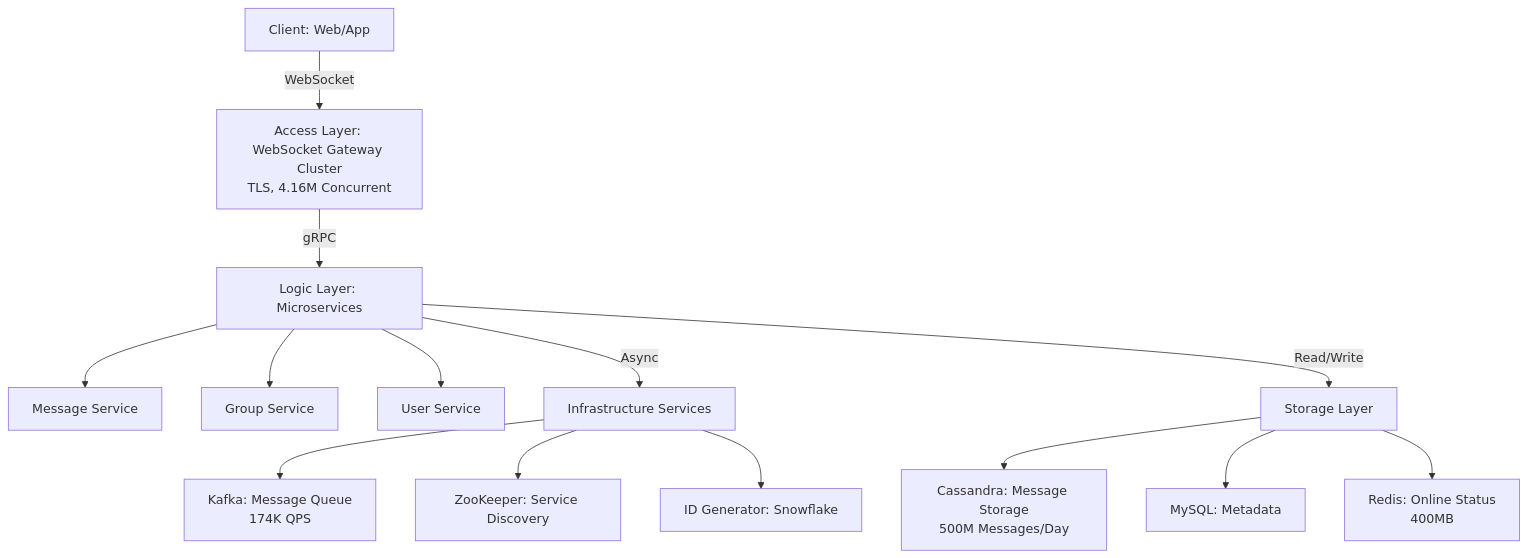
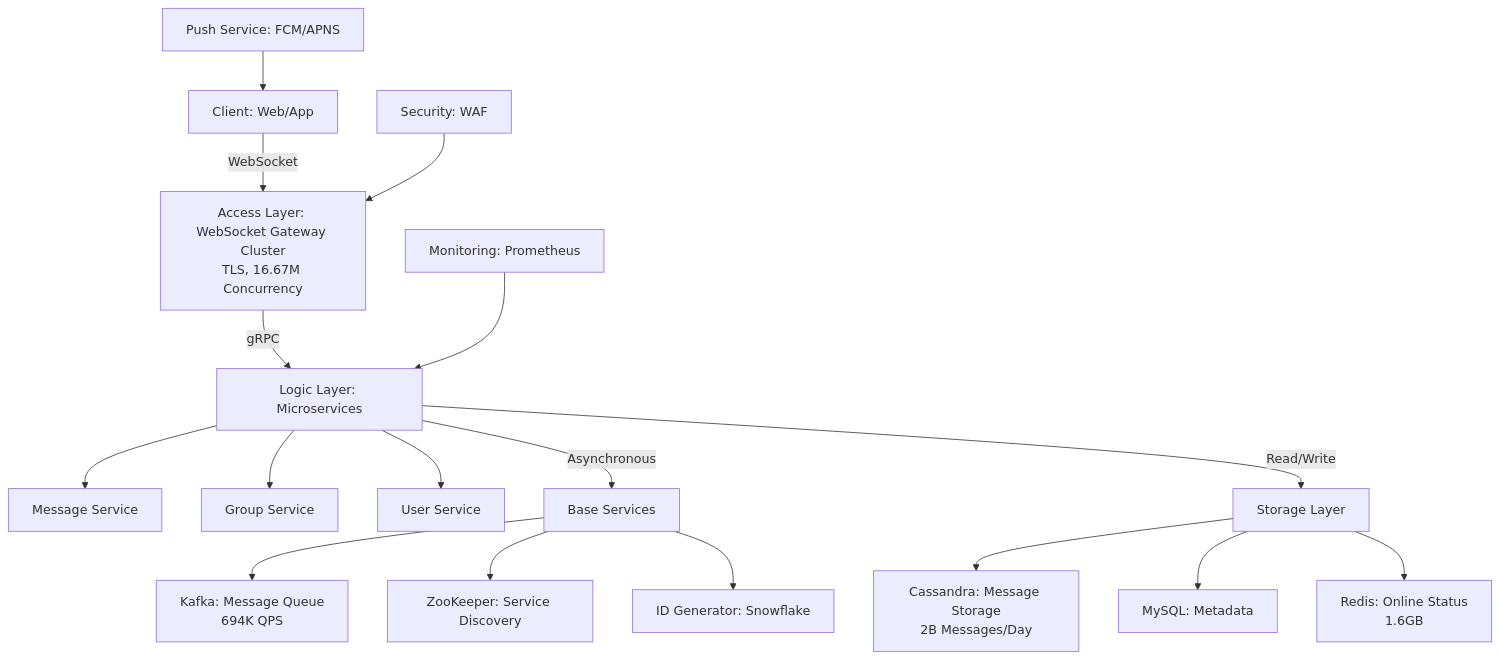
The first of 4 diagrams in _projects/4_projectDesignChat.md (zhengstar94/zhengstar94.github.io), drawn with Mermaid before and after one commit. The commit also changed other lines of this file, not shown here.

````diff
--- a/_projects/4_projectDesignChat.md
+++ b/_projects/4_projectDesignChat.md
@@ -190,16 +221,19 @@
 ```mermaid
 graph TD
-    A[Client: Web/App] -->|WebSocket| B[Access Layer: WebSocket Gateway Cluster<br>TLS, 4.16M Concurrent]
+    A[Client: Web/App] -->|WebSocket| B[Access Layer: WebSocket Gateway Cluster<br>TLS, 16.67M Concurrency]
     B -->|gRPC| C[Logic Layer: Microservices]
     C --> D[Message Service]
     C --> E[Group Service]
     C --> F[User Service]
-    C -->|Async| G[Infrastructure Services]
-    G --> H[Kafka: Message Queue<br>174K QPS]
+    C -->|Asynchronous| G[Base Services]
+    G --> H[Kafka: Message Queue<br>694K QPS]
     G --> I[ZooKeeper: Service Discovery]
     G --> J[ID Generator: Snowflake]
     C -->|Read/Write| K[Storage Layer]
-    K --> L[Cassandra: Message Storage<br>500M Messages/Day]
+    K --> L[Cassandra: Message Storage<br>2B Messages/Day]
     K --> M[MySQL: Metadata]
-    K --> N[Redis: Online Status<br>400MB]
+    K --> N[Redis: Online Status<br>1.6GB]
+    O[Monitoring: Prometheus] --> C
+    P[Security: WAF] --> B
+    Q[Push Service: FCM/APNS] --> A
 ```
````
